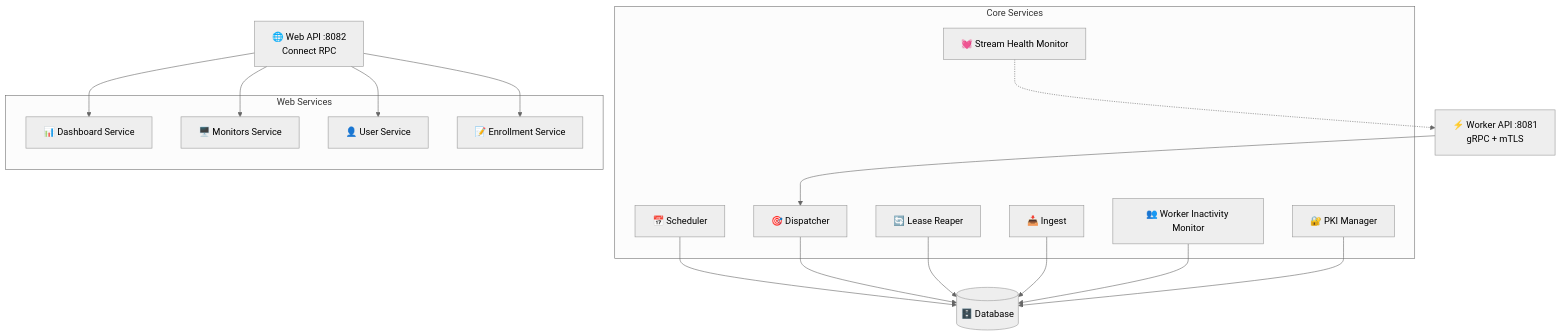
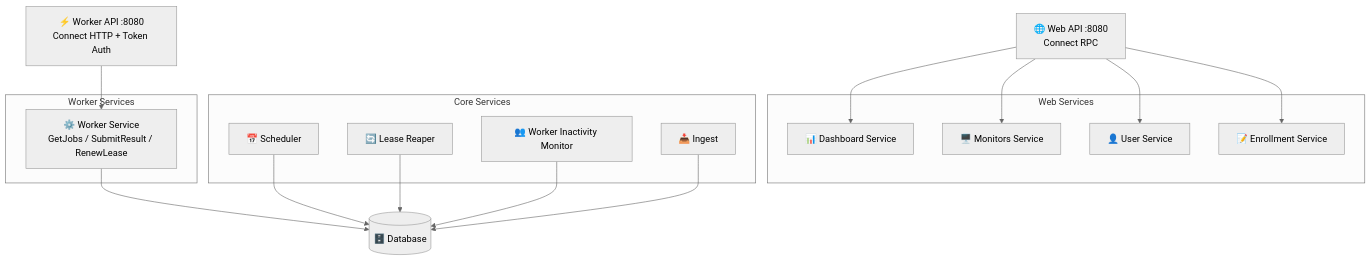
One commit to crisog/openseer changed the diagram in cmd/control-plane/README.md. Above: the diagram before and after it, drawn with Mermaid (neutral theme). The commit also changed other lines of this file and 50 other files, not shown here.

Commit message:
feat!: replace mTLS streams with token-auth HTTP polling (#1)

````diff
--- a/cmd/control-plane/README.md
+++ b/cmd/control-plane/README.md
@@ -7,40 +7,38 @@
 ```mermaid
 graph TB
-    WebAPI[🌐 Web API :8082<br/>Connect RPC]
-    WorkerAPI[⚡ Worker API :8081<br/>gRPC + mTLS]
+    WebAPI[🌐 Web API :8080<br/>Connect RPC]
+    WorkerAPI[⚡ Worker API :8080<br/>Connect HTTP + Token Auth]
 
     subgraph "Core Services"
         Scheduler[📅 Scheduler]
-        Dispatcher[🎯 Dispatcher]
         LeaseReaper[🔄 Lease Reaper]
-        StreamHealth[💓 Stream Health Monitor]
         WorkerInactivity[👥 Worker Inactivity Monitor]
         Ingest[📥 Ingest]
-        PKI[🔐 PKI Manager]
     end
 
     subgraph "Web Services"
         Dashboard[📊 Dashboard Service]
         Monitors[🖥️ Monitors Service]
         User[👤 User Service]
         Enrollment[📝 Enrollment Service]
     end
 
+    subgraph "Worker Services"
+        WorkerSvc[⚙️ Worker Service<br/>GetJobs / SubmitResult / RenewLease]
+    end
+
     Database[(🗄️ Database)]
 
     WebAPI --> Dashboard
     WebAPI --> Monitors
     WebAPI --> User
     WebAPI --> Enrollment
 
-    WorkerAPI --> Dispatcher
+    WorkerAPI --> WorkerSvc
 
     Scheduler --> Database
-    Dispatcher --> Database
+    WorkerSvc --> Database
     LeaseReaper --> Database
     Ingest --> Database
-
-    StreamHealth -.-> WorkerAPI
     WorkerInactivity --> Database
-    PKI --> Database
 ```
````
